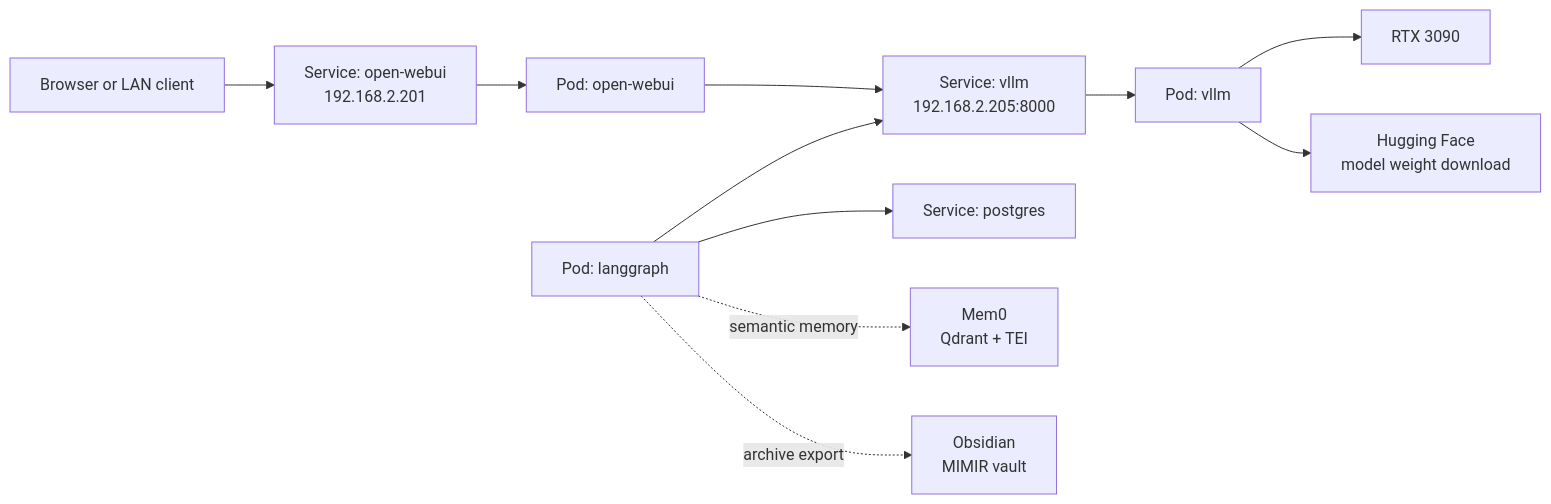
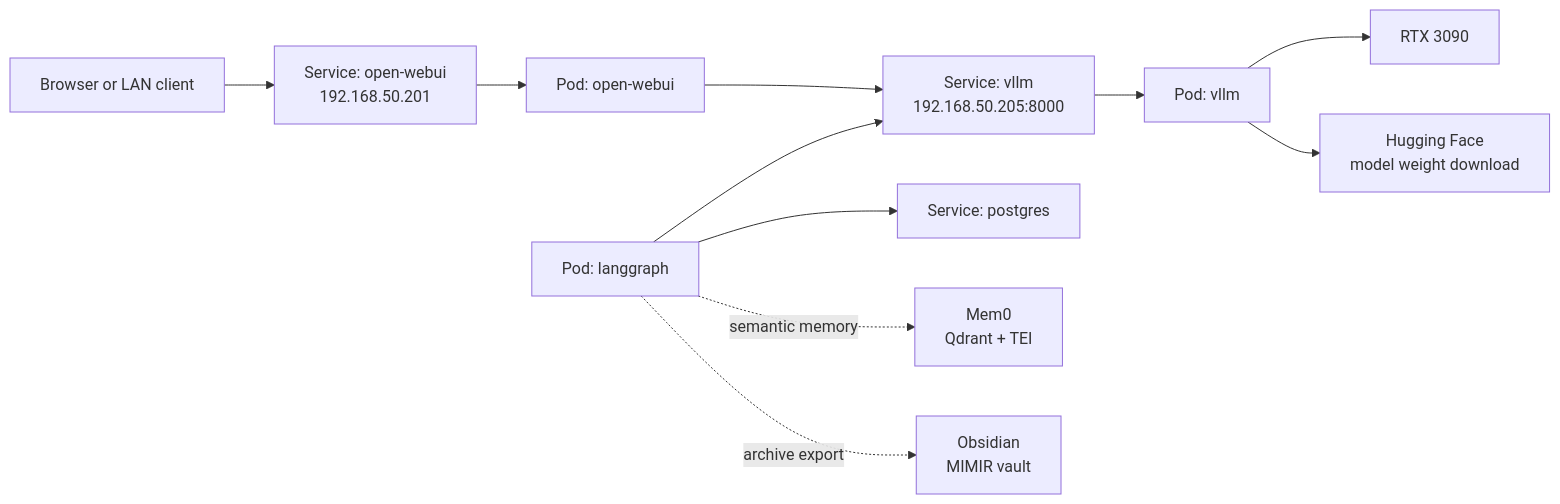
The diagram in docs/diagrams/pod-interactions.mmd (ixxet/Prometheus), drawn with Mermaid before and after one commit. The commit also changed 18 other files, not shown here.

```diff
--- a/docs/diagrams/pod-interactions.mmd
+++ b/docs/diagrams/pod-interactions.mmd
@@ -1,16 +1,16 @@
 flowchart LR
   browser["Browser or LAN client"] --> owui_svc["Service: open-webui
-192.168.2.201"]
+192.168.50.201"]
   owui_svc --> owui_pod["Pod: open-webui"]
   owui_pod --> vllm_svc["Service: vllm
-192.168.2.205:8000"]
+192.168.50.205:8000"]
   vllm_svc --> vllm_pod["Pod: vllm"]
   vllm_pod --> gpu["RTX 3090"]
   vllm_pod --> hf["Hugging Face
 model weight download"]
   lg_pod["Pod: langgraph"] --> pg_svc["Service: postgres"]
   lg_pod --> vllm_svc
   lg_pod -. semantic memory .-> mem0["Mem0
 Qdrant + TEI"]
   lg_pod -. archive export .-> obs["Obsidian
 MIMIR vault"]
```
